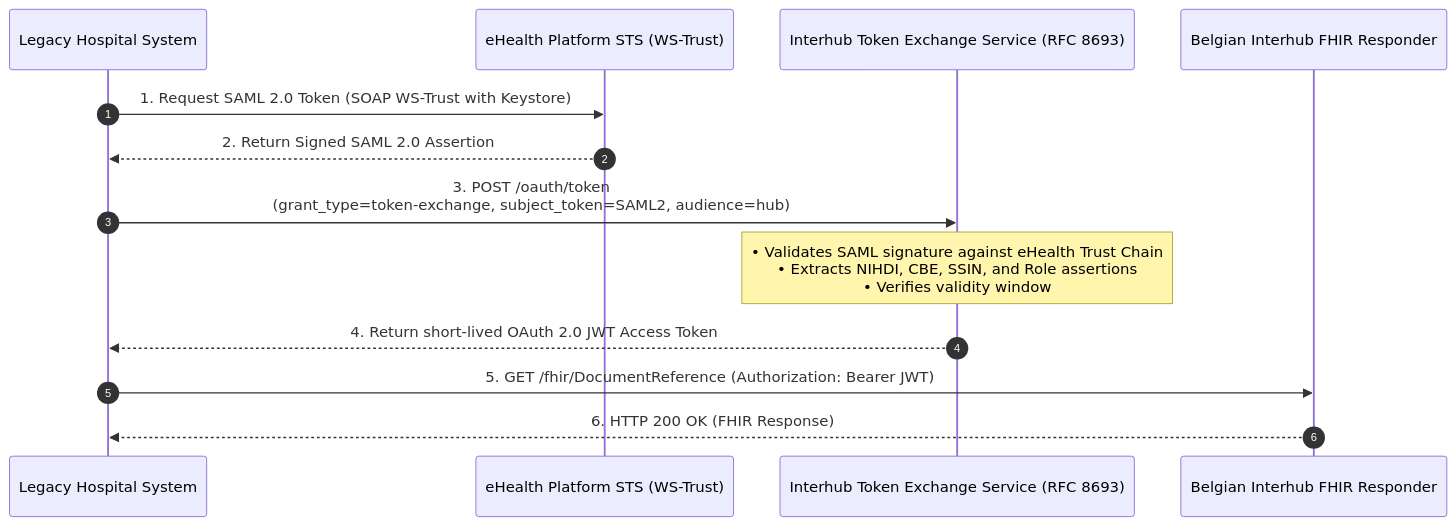
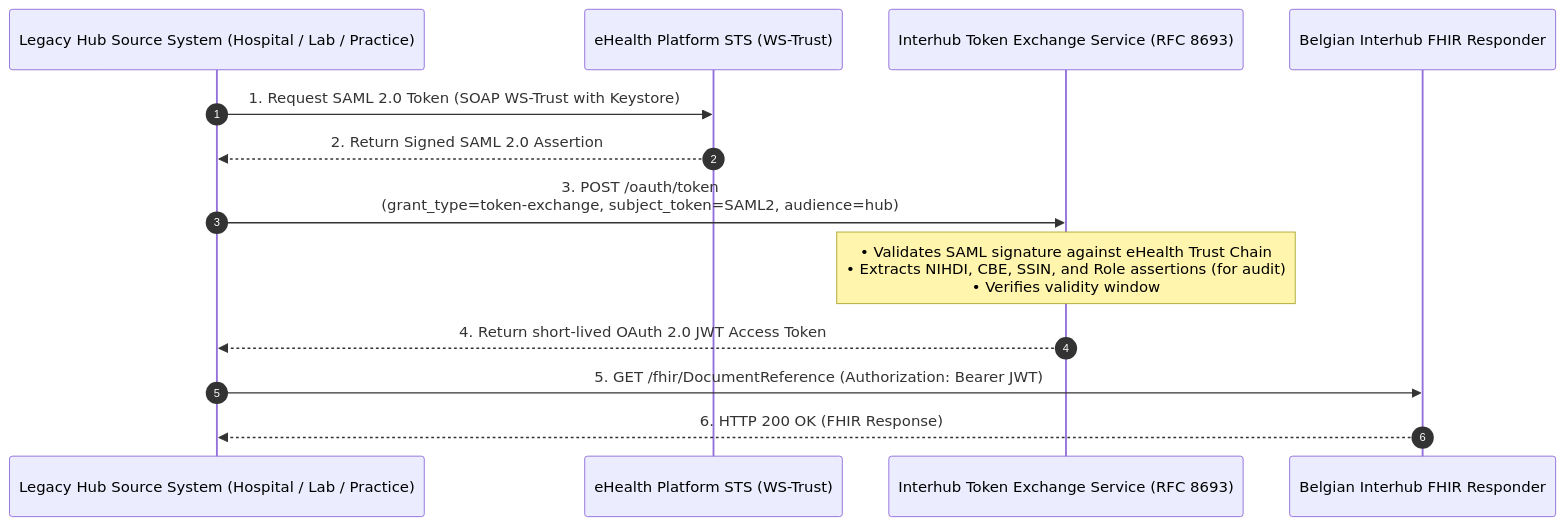
One commit to Erwin-Bellon/hubsharing changed the third of 5 diagrams in input/pagecontent/security.md. Above: the diagram before and after it, drawn with Mermaid. The commit also changed other lines of this file and 17 other files, not shown here.

````diff
--- a/input/pagecontent/security.md
+++ b/input/pagecontent/security.md
@@ -113,16 +146,16 @@
 ```mermaid
 sequenceDiagram
     autonumber
-    participant Hosp as Legacy Hospital System
+    participant Src as Legacy Hub Source System (Hospital / Lab / Practice)
     participant STS as eHealth Platform STS (WS-Trust)
     participant Bridge as Interhub Token Exchange Service (RFC 8693)
     participant Responder as Belgian Interhub FHIR Responder
 
-    Hosp->>STS: 1. Request SAML 2.0 Token (SOAP WS-Trust with Keystore)
-    STS-->>Hosp: 2. Return Signed SAML 2.0 Assertion
-    Hosp->>Bridge: 3. POST /oauth/token<br/>(grant_type=token-exchange, subject_token=SAML2, audience=hub)
-    Note over Bridge: • Validates SAML signature against eHealth Trust Chain<br/>• Extracts NIHDI, CBE, SSIN, and Role assertions<br/>• Verifies validity window
-    Bridge-->>Hosp: 4. Return short-lived OAuth 2.0 JWT Access Token
-    Hosp->>Responder: 5. GET /fhir/DocumentReference (Authorization: Bearer JWT)
-    Responder-->>Hosp: 6. HTTP 200 OK (FHIR Response)
+    Src->>STS: 1. Request SAML 2.0 Token (SOAP WS-Trust with Keystore)
+    STS-->>Src: 2. Return Signed SAML 2.0 Assertion
+    Src->>Bridge: 3. POST /oauth/token<br/>(grant_type=token-exchange, subject_token=SAML2, audience=hub)
+    Note over Bridge: • Validates SAML signature against eHealth Trust Chain<br/>• Extracts NIHDI, CBE, SSIN, and Role assertions (for audit)<br/>• Verifies validity window
+    Bridge-->>Src: 4. Return short-lived OAuth 2.0 JWT Access Token
+    Src->>Responder: 5. GET /fhir/DocumentReference (Authorization: Bearer JWT)
+    Responder-->>Src: 6. HTTP 200 OK (FHIR Response)
 ```
````
